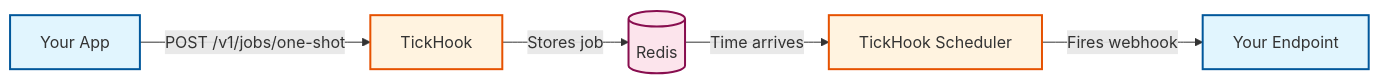
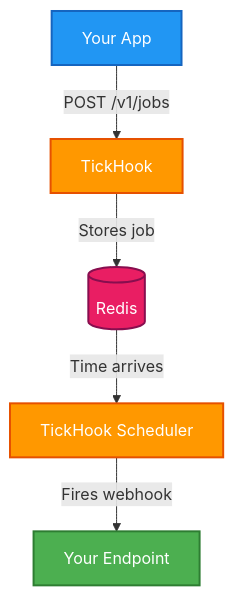
The diagram in docs/tickhook-flow.mmd (hamzaworks-ai/TickHook), drawn with Mermaid before and after one commit. The commit also changed 1 other file, not shown here.

Commit message:
docs: Improve Mermaid diagram layout and readability
- Changed to vertical (top-to-bottom) flow layout
- Fixed flow to match original ASCII diagram
- Improved color contrast with white text for better readability

Generated with [Claude Code](https://claude.ai/code)
via [Happy](https://happy.engineering)

```diff
--- a/docs/tickhook-flow.mmd
+++ b/docs/tickhook-flow.mmd
@@ -1,11 +1,11 @@
-graph LR
-    A[Your App] -->|POST /v1/jobs/one-shot| B[TickHook]
-    B -->|Stores job| C[(Redis)]
-    C -->|Time arrives| D[TickHook Scheduler]
-    D -->|Fires webhook| E[Your Endpoint]
+graph TB
+    A[Your App] -->|"POST /v1/jobs"| B[TickHook]
+    B -->|"Stores job"| C[(Redis)]
+    C -->|"Time arrives"| D[TickHook Scheduler]
+    D -->|"Fires webhook"| E[Your Endpoint]
 
-    style A fill:#e1f5fe,stroke:#01579b,stroke-width:2px
-    style B fill:#fff3e0,stroke:#e65100,stroke-width:2px
-    style C fill:#fce4ec,stroke:#880e4f,stroke-width:2px
-    style D fill:#fff3e0,stroke:#e65100,stroke-width:2px
-    style E fill:#e1f5fe,stroke:#01579b,stroke-width:2px
+    style A fill:#2196F3,stroke:#1565C0,stroke-width:2px,color:#ffffff
+    style B fill:#FF9800,stroke:#E65100,stroke-width:2px,color:#ffffff
+    style C fill:#E91E63,stroke:#880E4F,stroke-width:2px,color:#ffffff
+    style D fill:#FF9800,stroke:#E65100,stroke-width:2px,color:#ffffff
+    style E fill:#4CAF50,stroke:#2E7D32,stroke-width:2px,color:#ffffff
```
